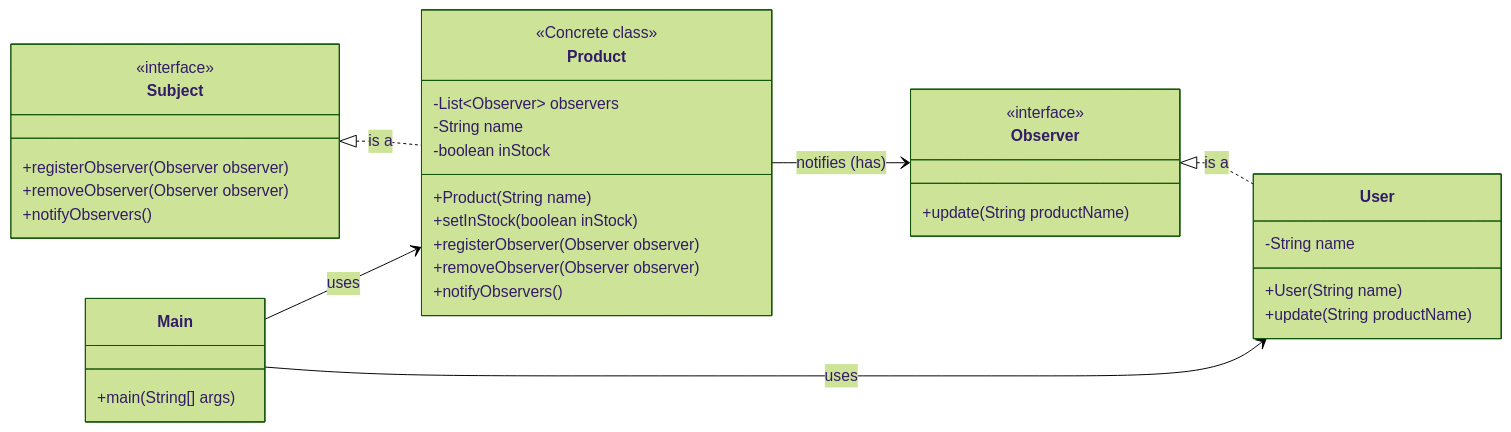
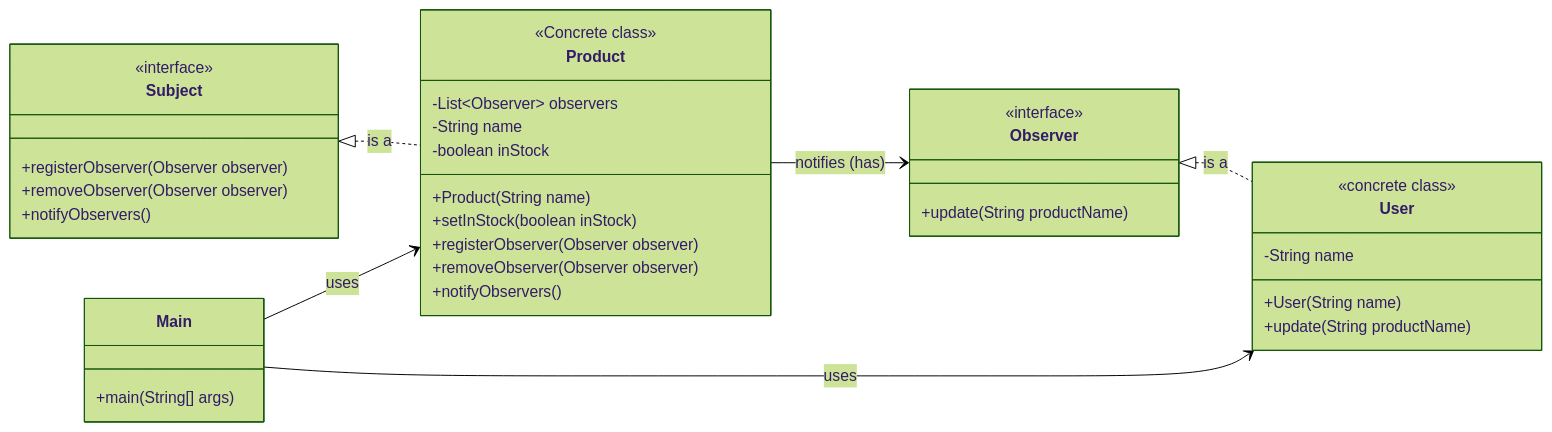
Before and after one commit to sachinyadav111140/designPattern: the diagram in behavioral/Observer/Observer.md, drawn with Mermaid (forest theme). The commit also changed 5 other files, not shown here.

````diff
--- a/behavioral/Observer/Observer.md
+++ b/behavioral/Observer/Observer.md
@@ -133,43 +133,44 @@
 ```mermaid
 classDiagram
     direction LR
     class Observer {
         <<interface>>
         +update(String productName)
     }
 
     class Subject {
         <<interface>>
         +registerObserver(Observer observer)
         +removeObserver(Observer observer)
         +notifyObservers()
     }
 
     class Product {
         <<Concrete class>>
         -List~Observer~ observers
         -String name
         -boolean inStock
         +Product(String name)
         +setInStock(boolean inStock)
         +registerObserver(Observer observer)
         +removeObserver(Observer observer)
         +notifyObservers()
     }
 
     class User {
+        <<concrete class>>
         -String name
         +User(String name)
         +update(String productName)
     }
 
     class Main {
         +main(String[] args)
     }
 
     Observer <|.. User : is a
     Subject <|.. Product : is a
     Product --> Observer : notifies (has)
     Main --> Product : uses
     Main --> User : uses
 ```
````
